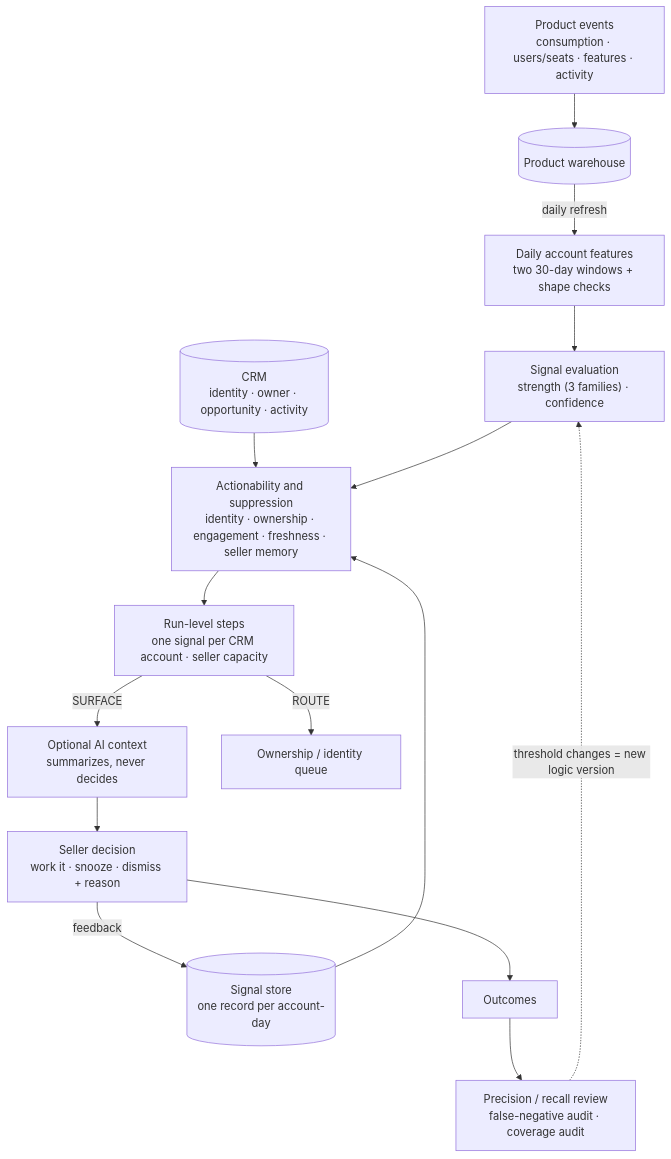
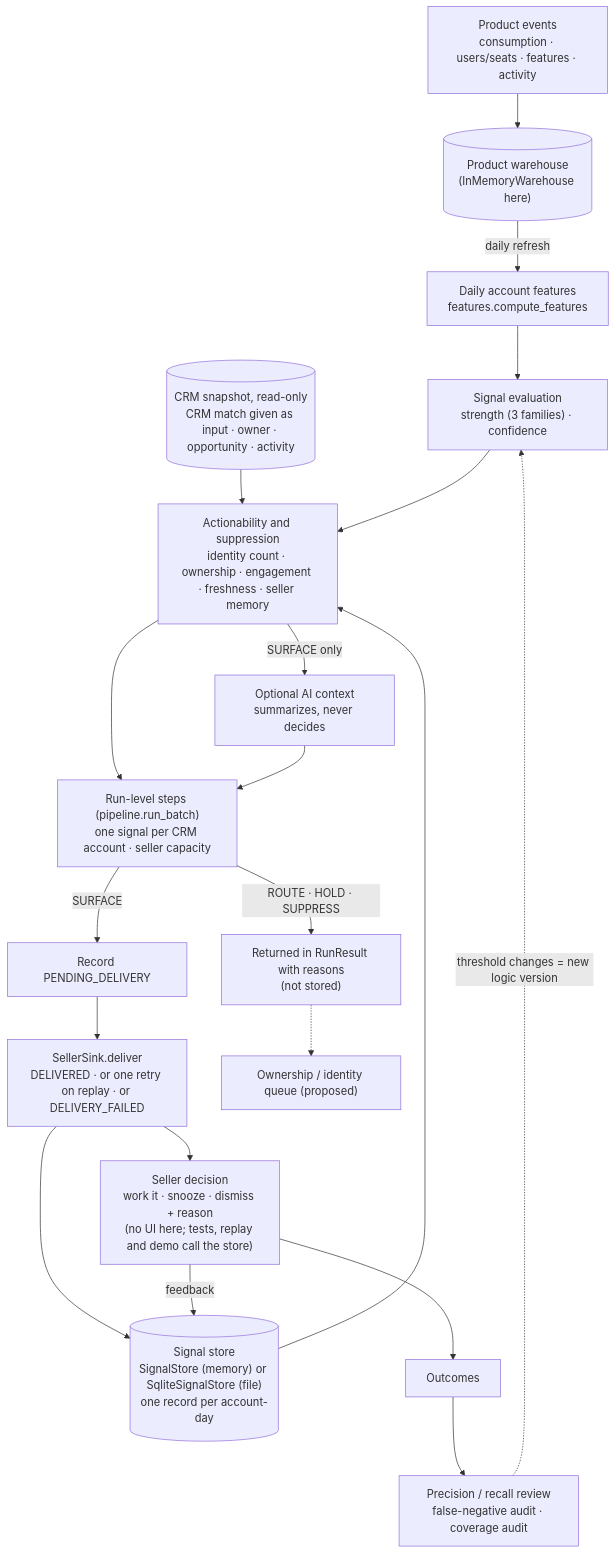
The diagram in docs/ARCHITECTURE.md (vrutikadani/product-signal-router), drawn with Mermaid before and after one commit. The commit also changed other lines of this file and 26 other files, not shown here.

First line of the commit message:
Delivery state, safe backfills, SQLite store, as-of CRM replay (#1)

````diff
--- a/docs/ARCHITECTURE.md
+++ b/docs/ARCHITECTURE.md
@@ -3,17 +3,22 @@
 ```mermaid
 flowchart TD
-    E["Product events<br/>consumption · users/seats · features · activity"] --> W[(Product warehouse)]
-    W -->|daily refresh| F["Daily account features<br/>two 30-day windows + shape checks"]
+    E["Product events<br/>consumption · users/seats · features · activity"] --> W[("Product warehouse<br/>(InMemoryWarehouse here)")]
+    W -->|daily refresh| F["Daily account features<br/>features.compute_features"]
     F --> S["Signal evaluation<br/>strength (3 families) · confidence"]
-    C[("CRM<br/>identity · owner · opportunity · activity")] --> A
-    S --> A["Actionability and suppression<br/>identity · ownership · engagement · freshness · seller memory"]
-    M[("Signal store<br/>one record per account-day")] --> A
-    A --> R["Run-level steps<br/>one signal per CRM account · seller capacity"]
-    R -->|SURFACE| AI["Optional AI context<br/>summarizes, never decides"]
-    AI --> D["Seller decision<br/>work it · snooze · dismiss + reason"]
-    R -->|ROUTE| Q["Ownership / identity queue"]
+    C[("CRM snapshot, read-only<br/>CRM match given as input · owner · opportunity · activity")] --> A
+    S --> A["Actionability and suppression<br/>identity count · ownership · engagement · freshness · seller memory"]
+    M[("Signal store<br/>SignalStore (memory) or SqliteSignalStore (file)<br/>one record per account-day")] --> A
+    A -->|SURFACE only| AI["Optional AI context<br/>summarizes, never decides"]
+    A --> R["Run-level steps (pipeline.run_batch)<br/>one signal per CRM account · seller capacity"]
+    AI --> R
+    R -->|SURFACE| P["Record PENDING_DELIVERY"]
+    P --> K["SellerSink.deliver<br/>DELIVERED · or one retry on replay · or DELIVERY_FAILED"]
+    K --> M
+    R -->|"ROUTE · HOLD · SUPPRESS"| L["Returned in RunResult with reasons<br/>(not stored)"]
+    L -.-> Q["Ownership / identity queue (proposed)"]
+    K --> D["Seller decision<br/>work it · snooze · dismiss + reason<br/>(no UI here; tests, replay and demo call the store)"]
     D -->|feedback| M
     D --> O["Outcomes"]
     O --> V["Precision / recall review<br/>false-negative audit · coverage audit"]
     V -.->|threshold changes = new logic version| S
 ```
````
